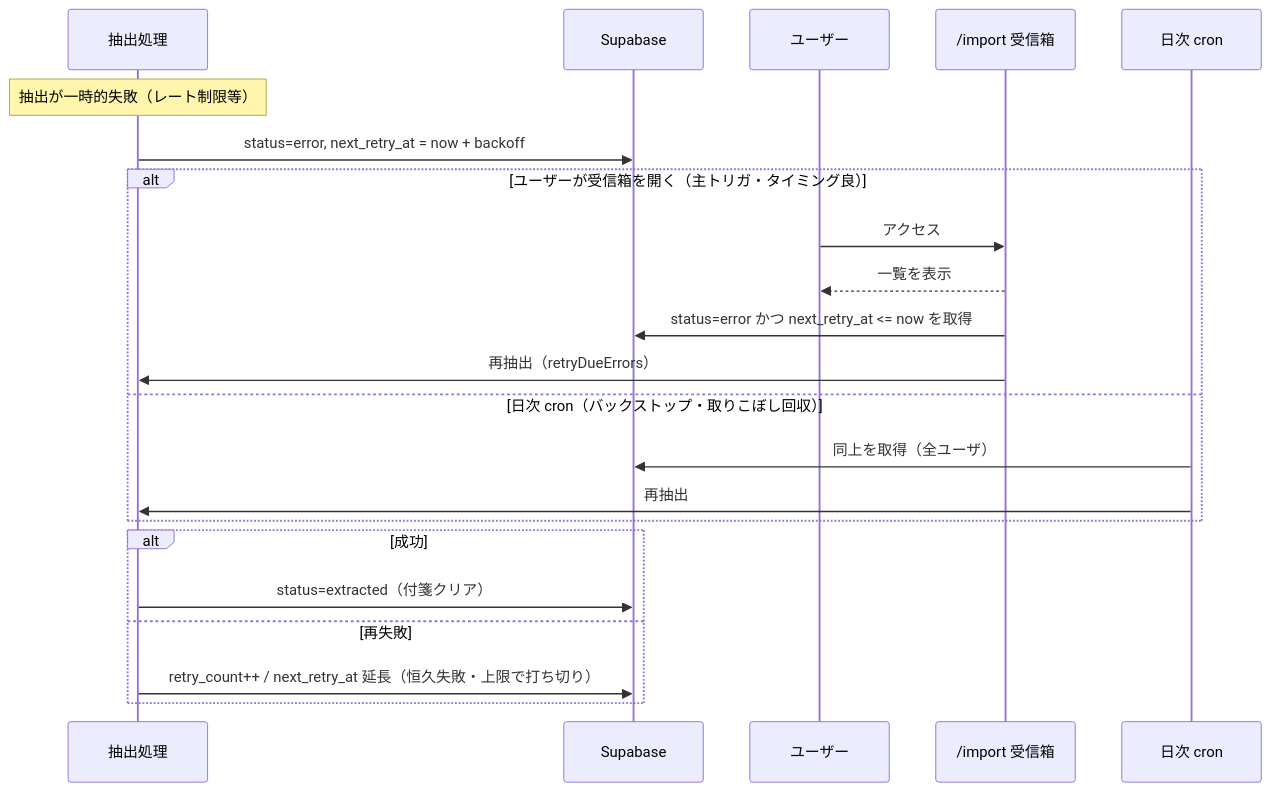
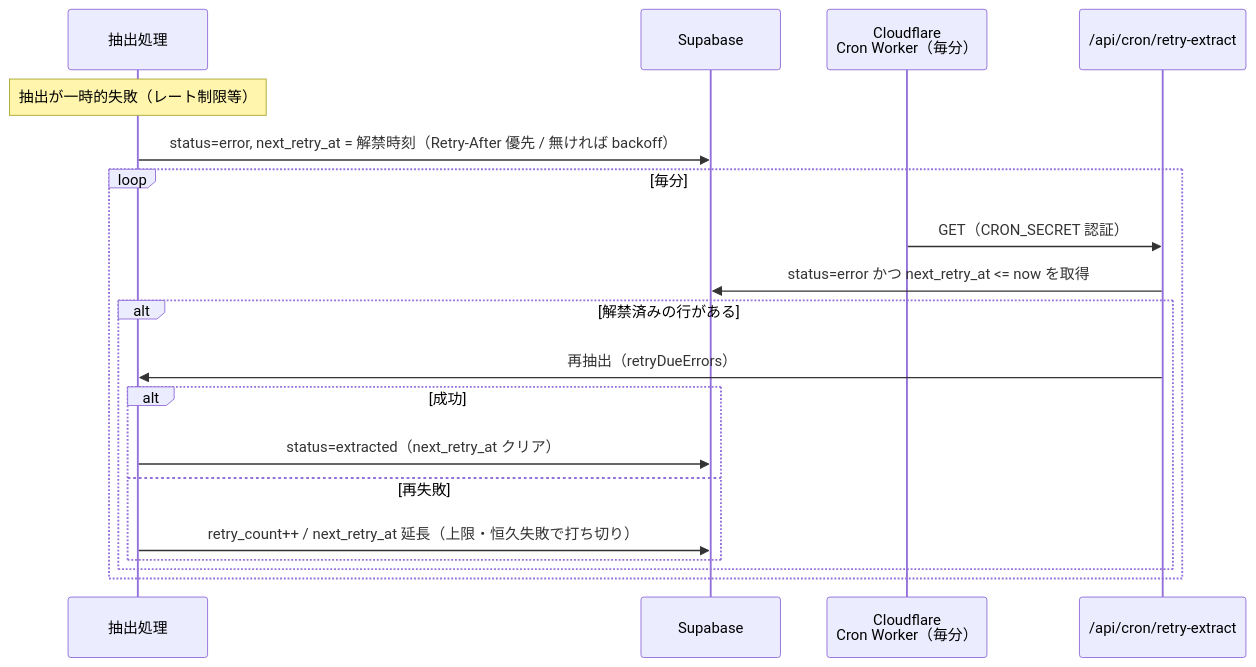
The second of 4 diagrams in docs/import-flow.md (shidetake/triplot), drawn with Mermaid before and after one commit. The commit also changed other lines of this file and 5 other files, not shown here.

First line of the commit message:
リトライを Cloudflare 毎分 cron＋Retry-After 駆動に再設計

````diff
--- a/docs/import-flow.md
+++ b/docs/import-flow.md
@@ -62,27 +63,23 @@
 ```mermaid
 sequenceDiagram
   participant API as 抽出処理
   participant DB as Supabase
-  participant U as ユーザー
-  participant Inbox as /import 受信箱
-  participant Cron as 日次 cron
+  participant HB as Cloudflare<br/>Cron Worker（毎分）
+  participant Cron as /api/cron/retry-extract
 
   Note over API: 抽出が一時的失敗（レート制限等）
-  API->>DB: status=error, next_retry_at = now + backoff
+  API->>DB: status=error, next_retry_at = 解禁時刻（Retry-After 優先 / 無ければ backoff）
 
-  alt ユーザーが受信箱を開く（主トリガ・タイミング良）
-    U->>Inbox: アクセス
-    Inbox-->>U: 一覧を表示
-    Inbox->>DB: status=error かつ next_retry_at <= now を取得
-    Inbox->>API: 再抽出（retryDueErrors）
-  else 日次 cron（バックストップ・取りこぼし回収）
-    Cron->>DB: 同上を取得（全ユーザ）
-    Cron->>API: 再抽出
-  end
-
-  alt 成功
-    API->>DB: status=extracted（付箋クリア）
-  else 再失敗
-    API->>DB: retry_count++ / next_retry_at 延長（恒久失敗・上限で打ち切り）
+  loop 毎分
+    HB->>Cron: GET（CRON_SECRET 認証）
+    Cron->>DB: status=error かつ next_retry_at <= now を取得
+    alt 解禁済みの行がある
+      Cron->>API: 再抽出（retryDueErrors）
+      alt 成功
+        API->>DB: status=extracted（next_retry_at クリア）
+      else 再失敗
+        API->>DB: retry_count++ / next_retry_at 延長（上限・恒久失敗で打ち切り）
+      end
+    end
   end
 ```
````
